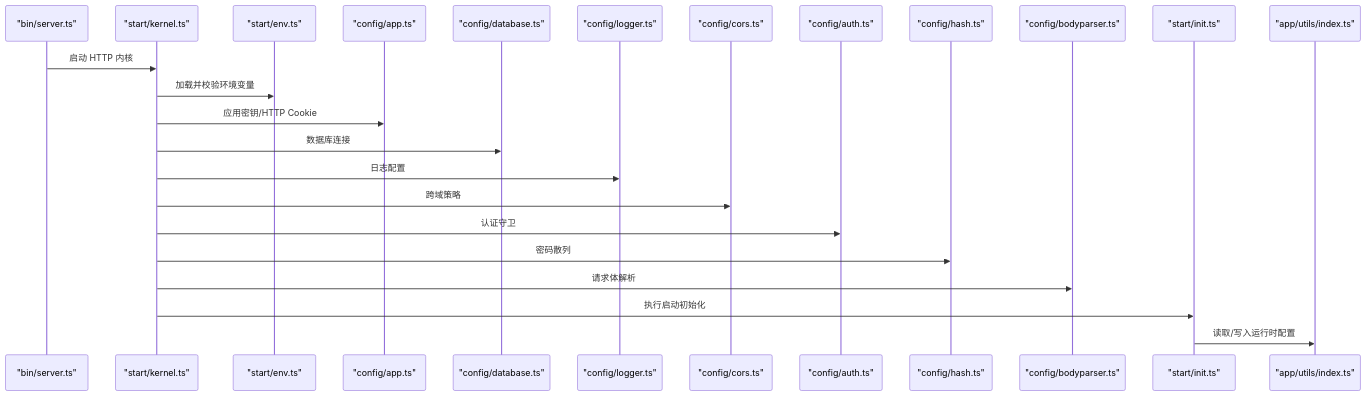
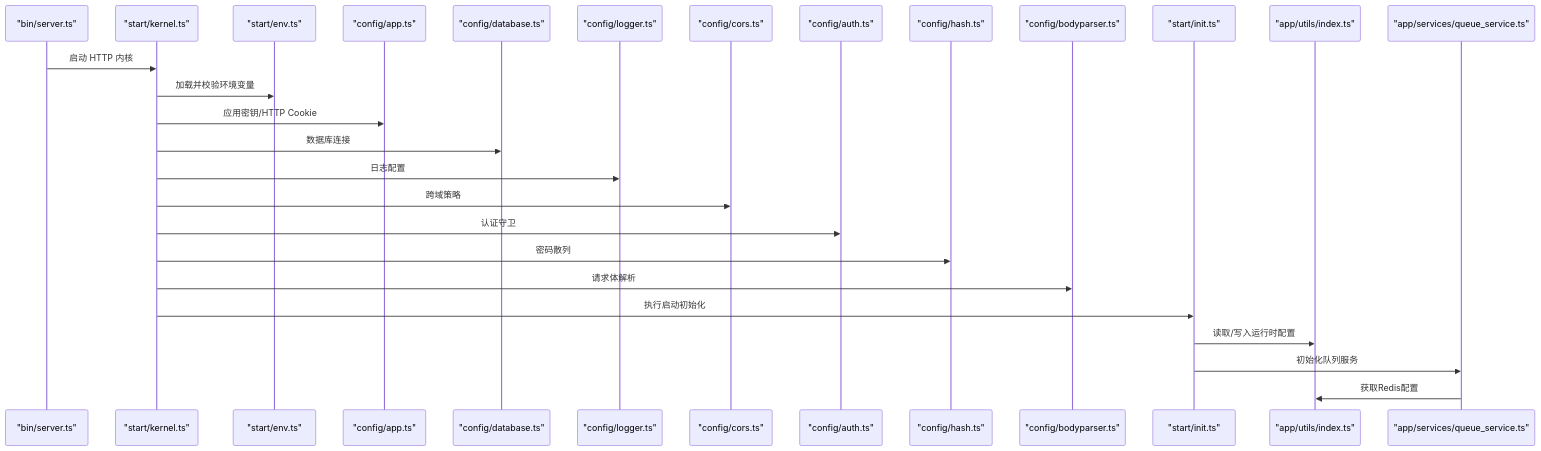
One commit to lkw199711/smanga-adonis changed the second of 2 diagrams in .qoder/repowiki/zh/content/配置管理/配置管理.md. Above: the diagram before and after it, drawn with Mermaid. The commit also changed other lines of this file and 1 other file, not shown here.

````diff
--- a/.qoder/repowiki/zh/content/配置管理/配置管理.md
+++ b/.qoder/repowiki/zh/content/配置管理/配置管理.md
@@ -120,26 +143,29 @@
 ```mermaid
 sequenceDiagram
 participant S as "bin/server.ts"
 participant K as "start/kernel.ts"
 participant ENV as "start/env.ts"
 participant CFG_APP as "config/app.ts"
 participant CFG_DB as "config/database.ts"
 participant CFG_LOG as "config/logger.ts"
 participant CFG_CORS as "config/cors.ts"
 participant CFG_AUTH as "config/auth.ts"
 participant CFG_HASH as "config/hash.ts"
 participant CFG_BODY as "config/bodyparser.ts"
 participant INIT as "start/init.ts"
 participant UTIL as "app/utils/index.ts"
+participant QUEUE as "app/services/queue_service.ts"
 S->>K : 启动 HTTP 内核
 K->>ENV : 加载并校验环境变量
 K->>CFG_APP : 应用密钥/HTTP Cookie
 K->>CFG_DB : 数据库连接
 K->>CFG_LOG : 日志配置
 K->>CFG_CORS : 跨域策略
 K->>CFG_AUTH : 认证守卫
 K->>CFG_HASH : 密码散列
 K->>CFG_BODY : 请求体解析
 K->>INIT : 执行启动初始化
 INIT->>UTIL : 读取/写入运行时配置
+INIT->>QUEUE : 初始化队列服务
+QUEUE->>UTIL : 获取Redis配置
 ```
````
